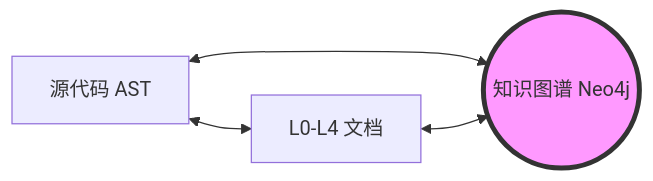
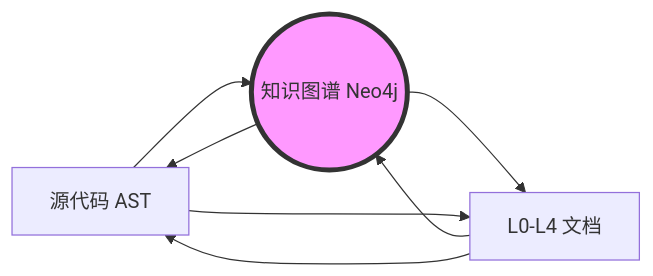
The second of 3 diagrams in docs/SYSTEM_VISION_AND_CORE_DESIGN.md (zxl85813-web/HiveMind_RAG), drawn with Mermaid before and after one commit. The commit also changed 5 other files, not shown here.

Commit message:
fix(docs): harden mermaid syntax; feat(mcp): integrate D365 and 17track (securely)

````diff
--- a/docs/SYSTEM_VISION_AND_CORE_DESIGN.md
+++ b/docs/SYSTEM_VISION_AND_CORE_DESIGN.md
@@ -65,8 +65,11 @@
 ```mermaid
 graph LR
-    Code[源代码 AST] <--> Graph((知识图谱 Neo4j))
-    Docs[L0-L4 文档] <--> Graph
-    Code <--> Docs
+    Code["源代码 AST"] --> Graph((知识图谱 Neo4j))
+    Graph --> Code
+    Docs["L0-L4 文档"] --> Graph
+    Graph --> Docs
+    Code --> Docs
+    Docs --> Code
     
     style Graph fill:#f9f,stroke:#333,stroke-width:4px
 ```
````
